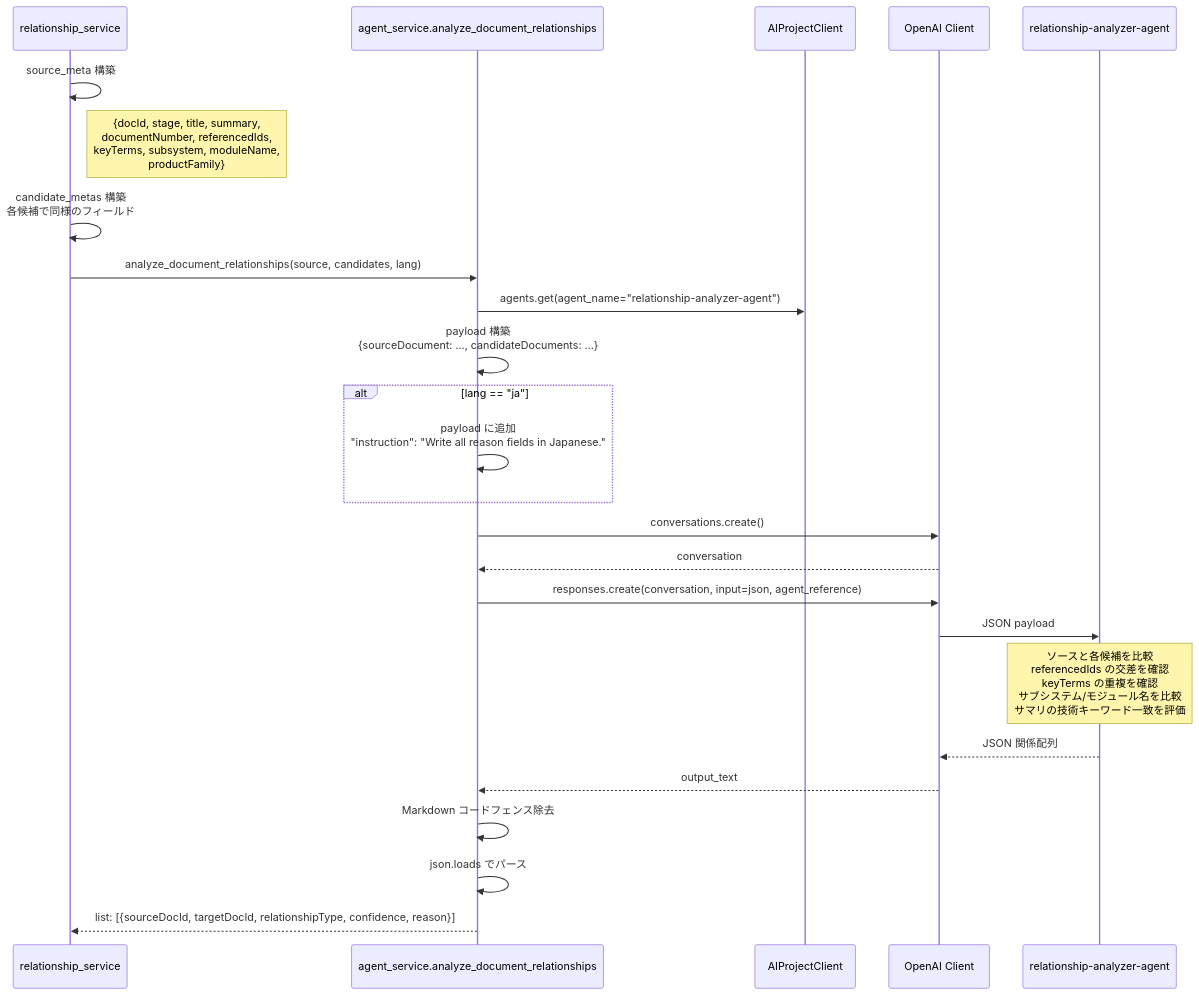
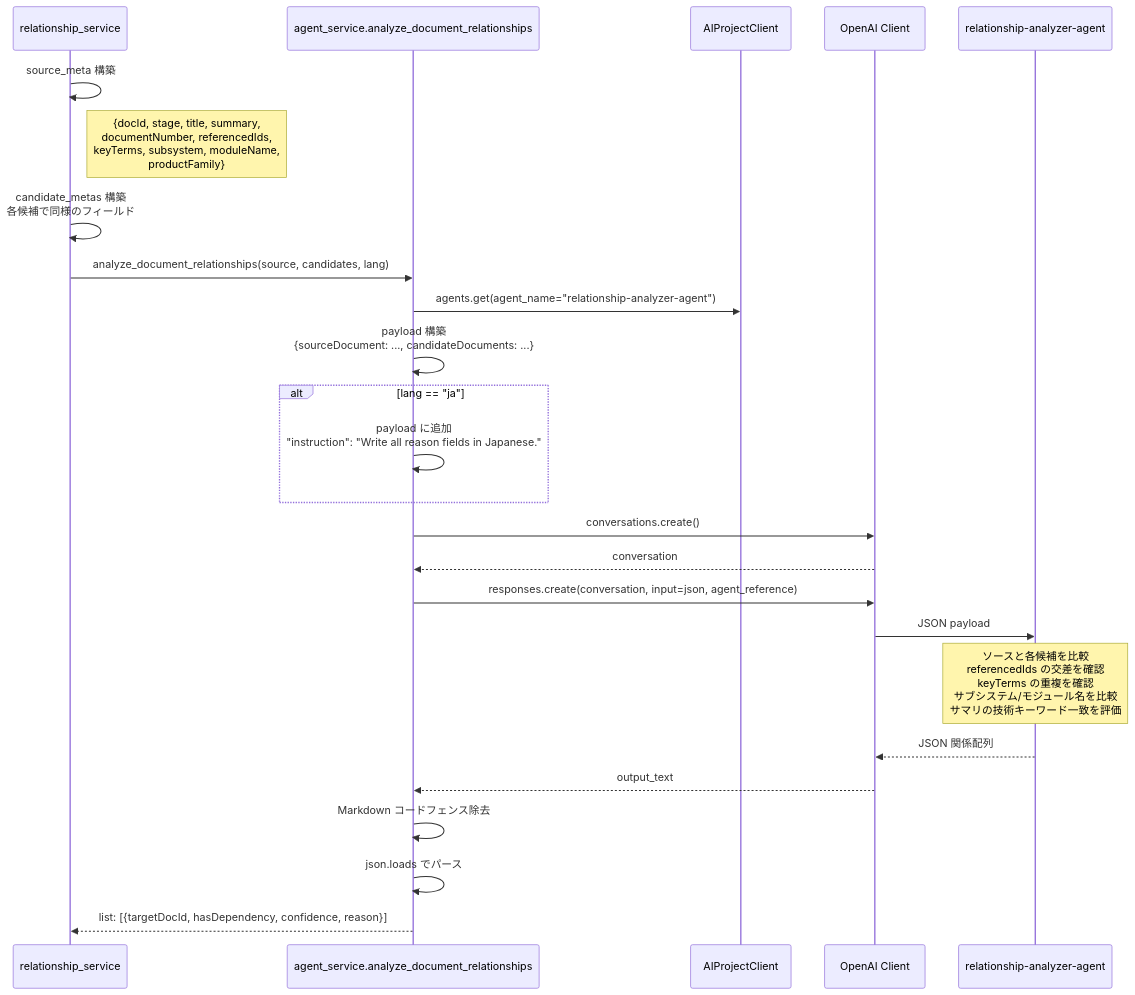
The eighth of 16 diagrams in docs/RELATIONSHIP_SPEC.md (hatasaki/Manufacturing-Intelligent-Document-Management), drawn with Mermaid before and after one commit. The commit also changed other lines of this file and 6 other files, not shown here.

````diff
--- a/docs/RELATIONSHIP_SPEC.md
+++ b/docs/RELATIONSHIP_SPEC.md
@@ -533,37 +518,37 @@
 ```mermaid
 sequenceDiagram
     participant RS as relationship_service
     participant AS as agent_service.analyze_document_relationships
     participant PC as AIProjectClient
     participant OAI as OpenAI Client
     participant Agent as relationship-analyzer-agent
 
     RS->>RS: source_meta 構築
     Note right of RS: {docId, stage, title, summary,<br/>documentNumber, referencedIds,<br/>keyTerms, subsystem, moduleName,<br/>productFamily}
     RS->>RS: candidate_metas 構築<br/>各候補で同様のフィールド
 
     RS->>AS: analyze_document_relationships(source, candidates, lang)
 
     AS->>PC: agents.get(agent_name="relationship-analyzer-agent")
     
     AS->>AS: payload 構築<br/>{sourceDocument: ..., candidateDocuments: ...}
     
     alt lang == "ja"
         AS->>AS: payload に追加<br/>"instruction": "Write all reason fields in Japanese."
     end
 
     AS->>OAI: conversations.create()
     OAI-->>AS: conversation
 
     AS->>OAI: responses.create(conversation, input=json, agent_reference)
     OAI->>Agent: JSON payload
     
     Note over Agent: ソースと各候補を比較<br/>referencedIds の交差を確認<br/>keyTerms の重複を確認<br/>サブシステム/モジュール名を比較<br/>サマリの技術キーワード一致を評価
 
     Agent-->>OAI: JSON 関係配列
 
     OAI-->>AS: output_text
     AS->>AS: Markdown コードフェンス除去
     AS->>AS: json.loads でパース
-    AS-->>RS: list: [{sourceDocId, targetDocId, relationshipType, confidence, reason}]
+    AS-->>RS: list: [{targetDocId, hasDependency, confidence, reason}]
 ```
````
